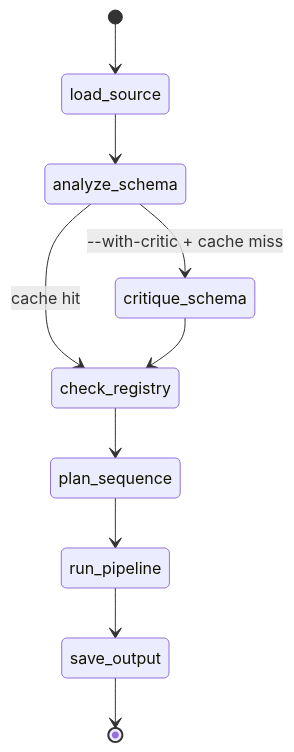
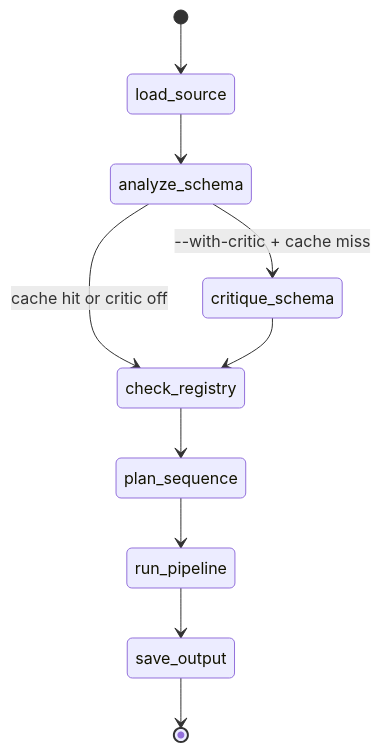
Before and after one commit to BhavyaLikhitha/Marketplace-Intelligence-Platform: the second of 3 diagrams in README.md, drawn with Mermaid. The commit also changed other lines of this file, not shown here.

Commit message:
arch diagram update

````diff
--- a/README.md
+++ b/README.md
@@ -36,12 +113,12 @@
 ```mermaid
 stateDiagram-v2
     [*] --> load_source
     load_source --> analyze_schema
     analyze_schema --> critique_schema : --with-critic + cache miss
-    analyze_schema --> check_registry : cache hit
+    analyze_schema --> check_registry  : cache hit or critic off
     critique_schema --> check_registry
     check_registry --> plan_sequence
     plan_sequence --> run_pipeline
     run_pipeline --> save_output
     save_output --> [*]
 ```
````
